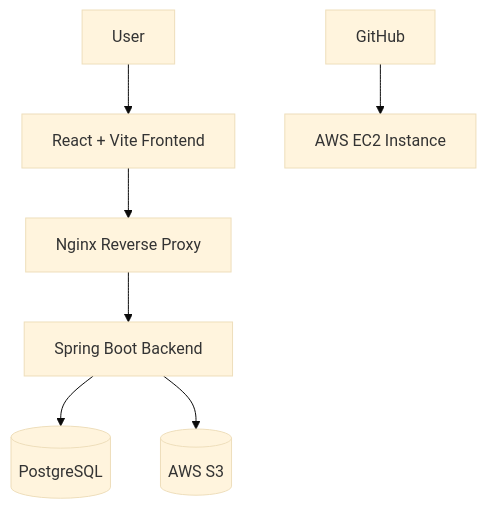
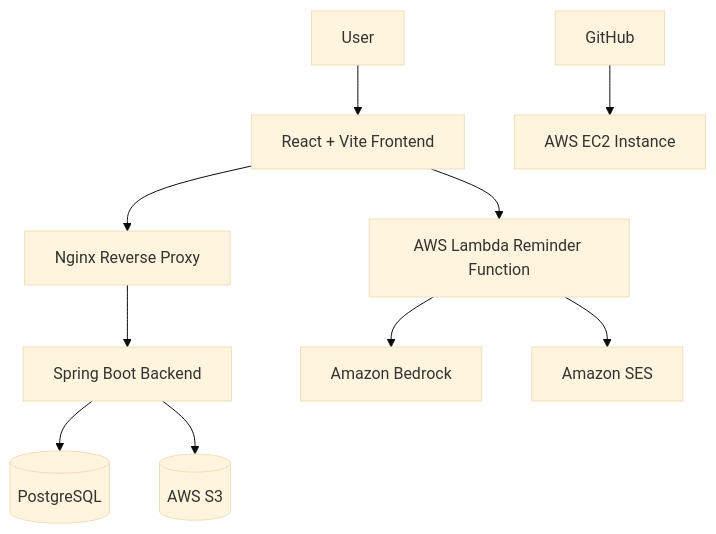
One commit to shihyujhen/gradflow changed the diagram in docs/aws-deployment.md. Above: the diagram before and after it, drawn with Mermaid (base theme). The commit also changed other lines of this file and 1 other file, not shown here.

````diff
--- a/docs/aws-deployment.md
+++ b/docs/aws-deployment.md
@@ -18,15 +22,21 @@
 ```mermaid
 graph TD
 
 User --> Frontend[React + Vite Frontend]
 
 Frontend --> Nginx[Nginx Reverse Proxy]
 
 Nginx --> Backend[Spring Boot Backend]
 
 Backend --> PostgreSQL[(PostgreSQL)]
 
 Backend --> S3[(AWS S3)]
 
+Frontend --> Lambda[AWS Lambda Reminder Function]
+
+Lambda --> Bedrock[Amazon Bedrock]
+
+Lambda --> SES[Amazon SES]
+
 GitHub --> EC2[AWS EC2 Instance]
 ```
````
